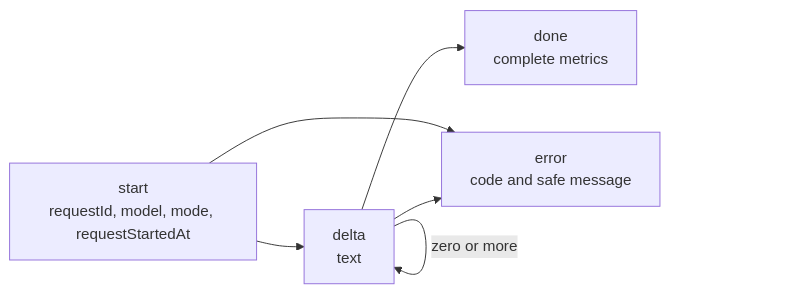
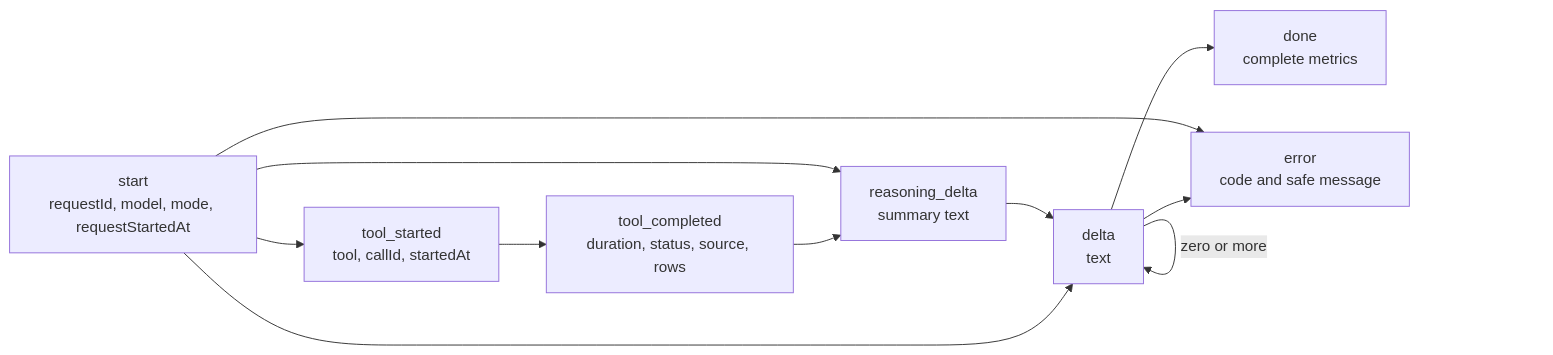
Before and after one commit to import-kunal/morphic_ui: the sixth of 12 diagrams in docs/architecture-lifecycle.md, drawn with Mermaid. The commit also changed other lines of this file and 7 other files, not shown here.

First line of the commit message:
docs: update architecture and add setup and data source guides

````diff
--- a/docs/architecture-lifecycle.md
+++ b/docs/architecture-lifecycle.md
@@ -197,13 +265,20 @@
 ```mermaid
 flowchart LR
     Start["start<br/>requestId, model, mode, requestStartedAt"]
+    Reasoning["reasoning_delta<br/>summary text"]
+    ToolStart["tool_started<br/>tool, callId, startedAt"]
+    ToolDone["tool_completed<br/>duration, status, source, rows"]
     Delta["delta<br/>text"]
     Done["done<br/>complete metrics"]
     Error["error<br/>code and safe message"]
 
+    Start --> Reasoning
+    Start --> ToolStart --> ToolDone
+    ToolDone --> Reasoning
+    Reasoning --> Delta
     Start --> Delta
     Delta -->|zero or more| Delta
     Delta --> Done
     Start --> Error
     Delta --> Error
 ```
````
